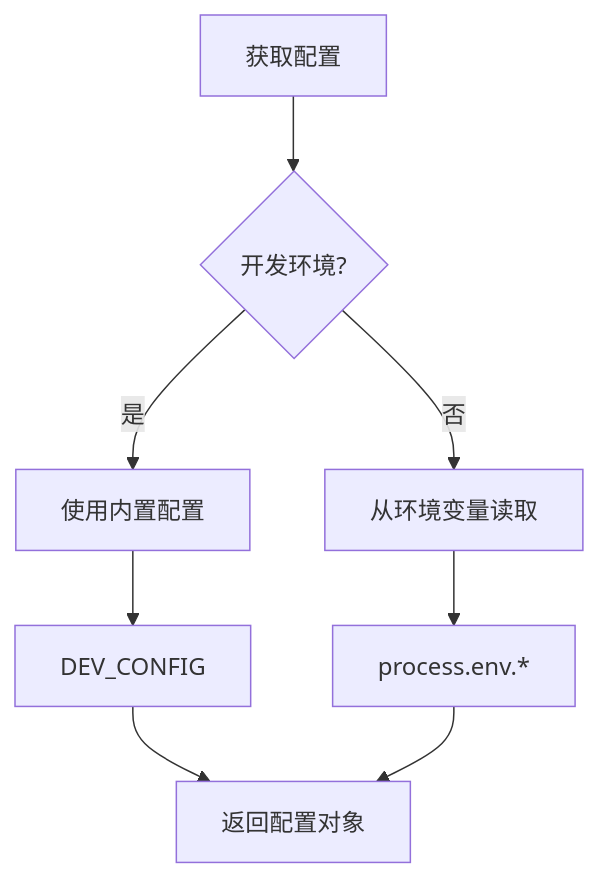
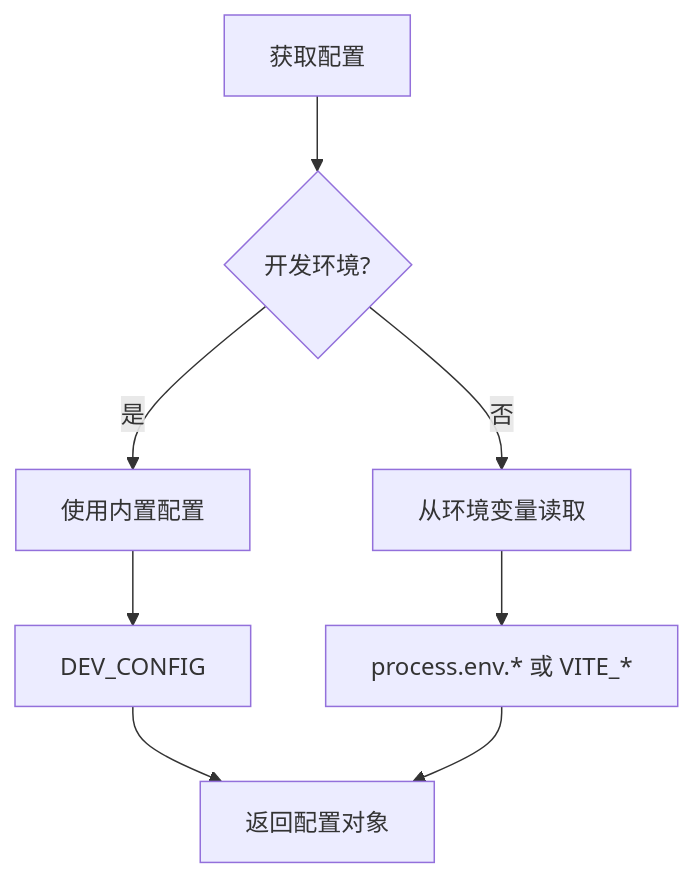
One commit to verse-ai-org/openclaw changed the seventh of 13 diagrams in .qoder/repowiki/zh/content/核心概念/邀请码API客户端.md. Above: the diagram before and after it, drawn with Mermaid. The commit also changed other lines of this file and 24 other files, not shown here.

````diff
--- a/.qoder/repowiki/zh/content/核心概念/邀请码API客户端.md
+++ b/.qoder/repowiki/zh/content/核心概念/邀请码API客户端.md
@@ -274,10 +321,10 @@
 ```mermaid
 graph TD
 A[获取配置] --> B{开发环境?}
 B --> |是| C[使用内置配置]
 B --> |否| D[从环境变量读取]
 C --> E[DEV_CONFIG]
-D --> F[process.env.*]
+D --> F[process.env.* 或 VITE_*]
 E --> G[返回配置对象]
 F --> G
 ```
````
